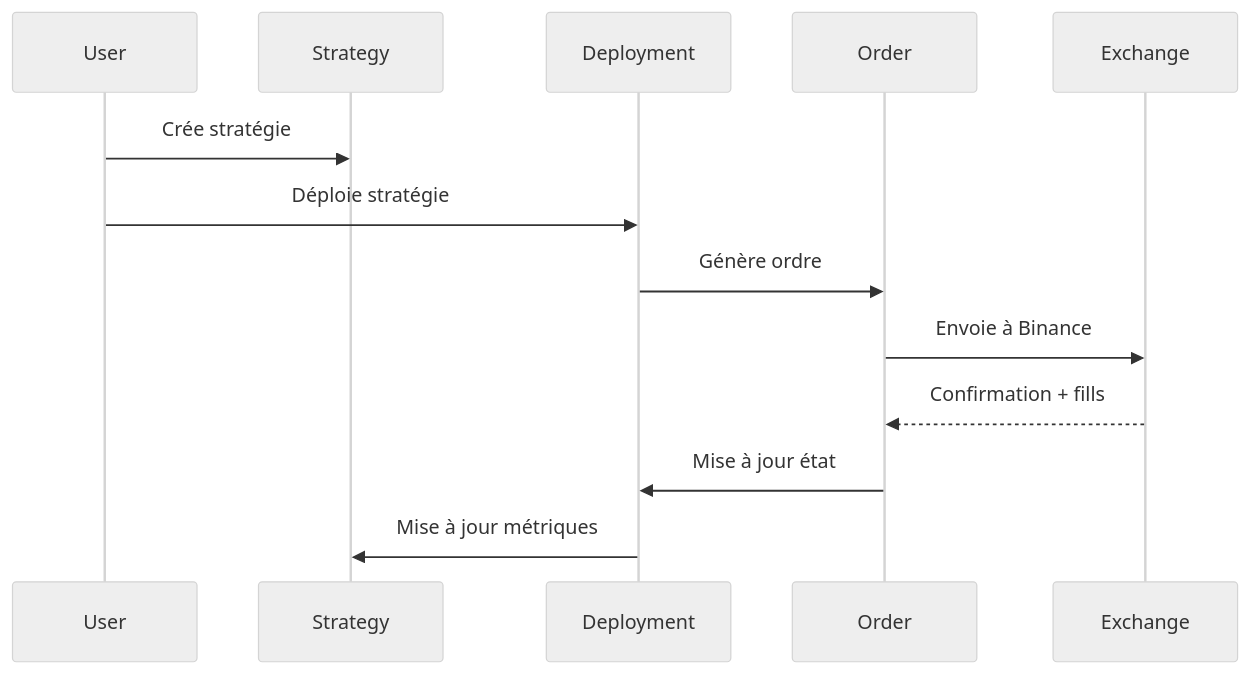
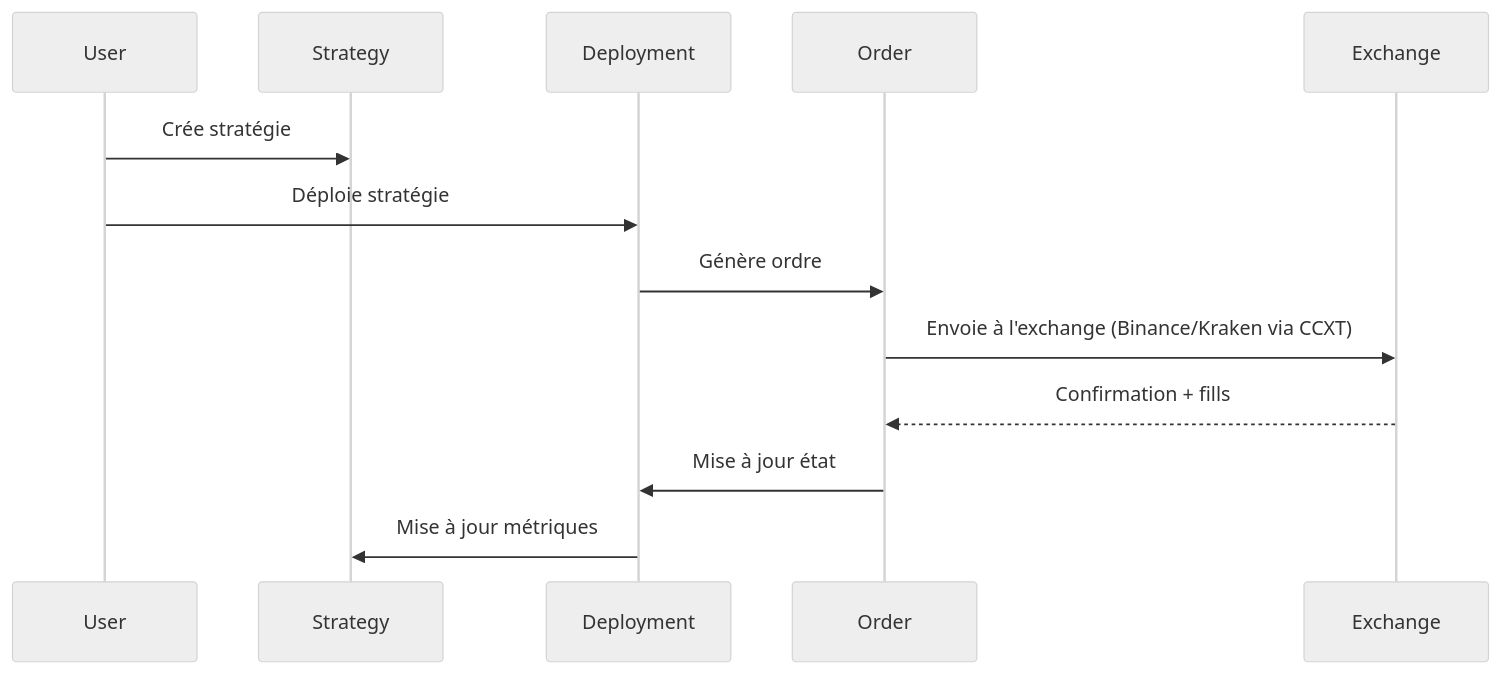
The eighth of 9 diagrams in docs/04-architecture-db.md (tawounfouet/rncp_crypto-bot-app), drawn with Mermaid (neutral theme) before and after one commit. The commit also changed other lines of this file and 1 other file, not shown here.

First line of the commit message:
docs: corrige les mentions Binance-only et le statut strategie ML

````diff
--- a/docs/04-architecture-db.md
+++ b/docs/04-architecture-db.md
@@ -612,16 +622,16 @@
 ```mermaid
 sequenceDiagram
     participant U as User
     participant S as Strategy
     participant D as Deployment
     participant O as Order
     participant E as Exchange
     
     U->>S: Crée stratégie
     U->>D: Déploie stratégie
     D->>O: Génère ordre
-    O->>E: Envoie à Binance
+    O->>E: Envoie à l'exchange (Binance/Kraken via CCXT)
     E-->>O: Confirmation + fills
     O->>D: Mise à jour état
     D->>S: Mise à jour métriques
 ```
````
